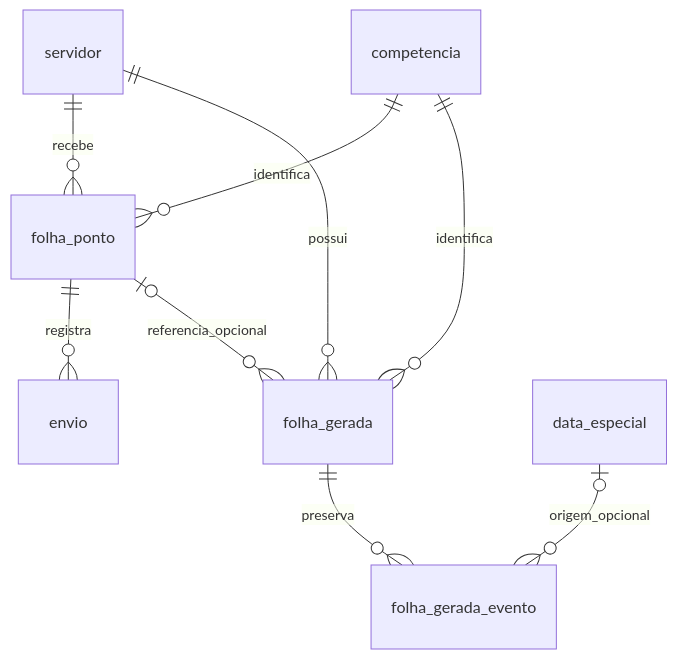
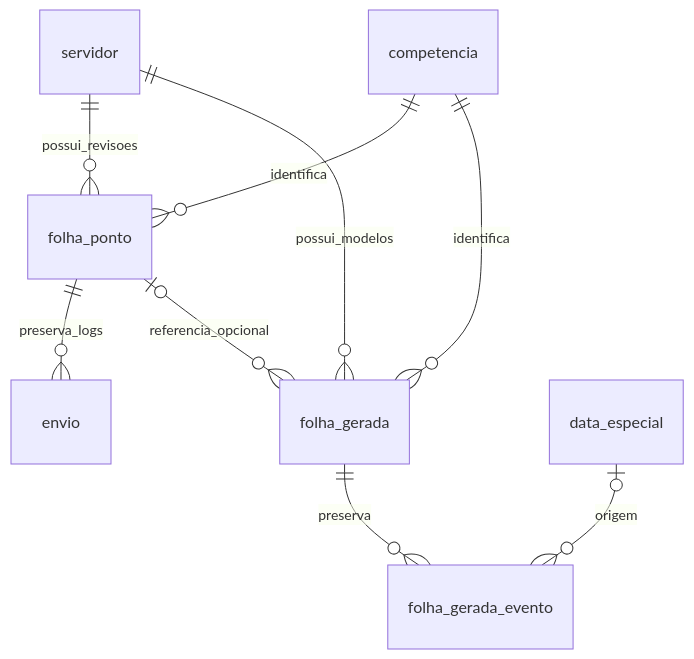
One commit to TiagoLVS/Projeto-Folha-de-Ponto changed the diagram in docs/ALTERACOES-BANCO.md. Above: the diagram before and after it, drawn with Mermaid. The commit also changed other lines of this file and 107 other files, not shown here.

````diff
--- a/docs/ALTERACOES-BANCO.md
+++ b/docs/ALTERACOES-BANCO.md
@@ -107,11 +98,11 @@
 ```mermaid
 erDiagram
-    servidor ||--o{ folha_ponto : recebe
+    servidor ||--o{ folha_ponto : possui_revisoes
     competencia ||--o{ folha_ponto : identifica
-    folha_ponto ||--o{ envio : registra
-    servidor ||--o{ folha_gerada : possui
+    folha_ponto ||--o{ envio : preserva_logs
+    servidor ||--o{ folha_gerada : possui_modelos
     competencia ||--o{ folha_gerada : identifica
     folha_ponto o|--o{ folha_gerada : referencia_opcional
     folha_gerada ||--o{ folha_gerada_evento : preserva
-    data_especial o|--o{ folha_gerada_evento : origem_opcional
+    data_especial o|--o{ folha_gerada_evento : origem
 ```
````
